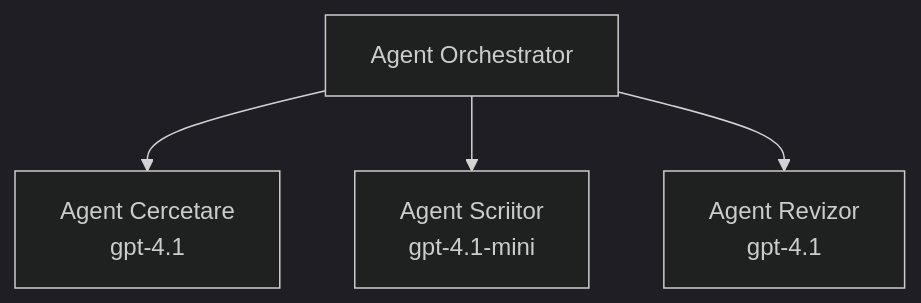
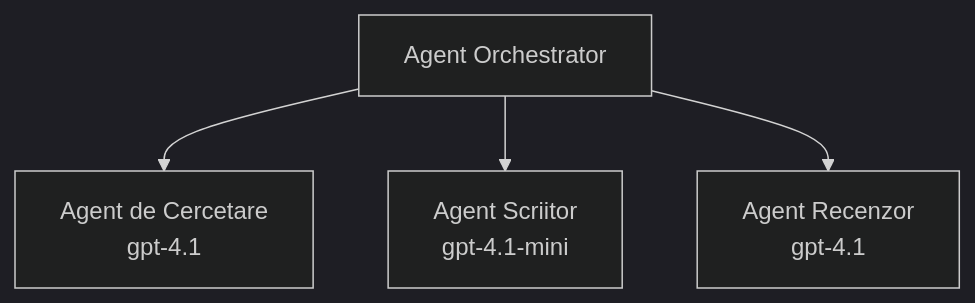
The third of 3 diagrams in translations/ro/docs/chapter-02-ai-development/agents.md (microsoft/AZD-for-beginners), drawn with Mermaid (dark theme) before and after one commit. The commit also changed other lines of this file and 59 other files, not shown here.

````diff
--- a/translations/ro/docs/chapter-02-ai-development/agents.md
+++ b/translations/ro/docs/chapter-02-ai-development/agents.md
@@ -201,6 +201,6 @@
 ```mermaid
 graph TD
-    Orchestrator[Agent Orchestrator] --> Research[Agent Cercetare<br/>gpt-4.1]
+    Orchestrator[Agent Orchestrator] --> Research[Agent de Cercetare<br/>gpt-4.1]
     Orchestrator --> Writer[Agent Scriitor<br/>gpt-4.1-mini]
-    Orchestrator --> Reviewer[Agent Revizor<br/>gpt-4.1]
+    Orchestrator --> Reviewer[Agent Recenzor<br/>gpt-4.1]
 ```
````
